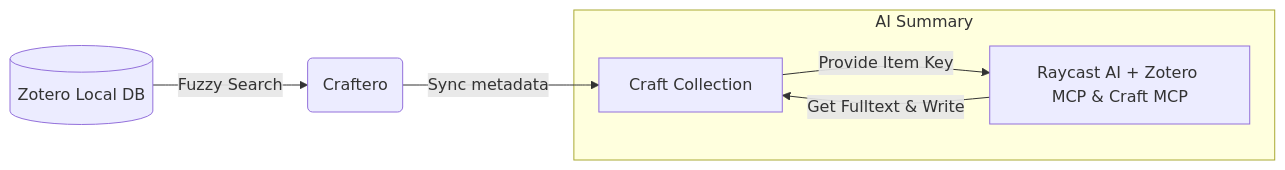
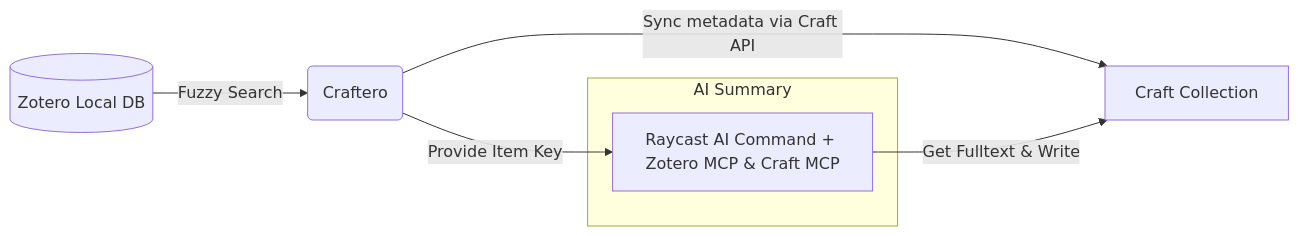
Before and after one commit to TomBener/craftero: the diagram in README.md, drawn with Mermaid. The commit also changed other lines of this file, not shown here.

Commit message:
Update mermaid diagram for clarity

````diff
--- a/README.md
+++ b/README.md
@@ -14,9 +12,10 @@
 ```mermaid
 graph LR
     Z[(Zotero Local DB)] -- "Fuzzy Search" --> R(Craftero)
-    R -- "Sync metadata" --> C["Craft Collection"]
+    R -- "Sync metadata via Craft API" --> C["Craft Collection"]
+    R -- "Provide Item Key" --> AI
     subgraph "AI Summary"
-    C -- "Provide Item Key" --> AI["Raycast AI + Zotero MCP & Craft MCP"]
+    AI["Raycast AI Command + Zotero MCP & Craft MCP"]
+    end
     AI -- "Get Fulltext & Write" --> C
-    end
 ```
````
